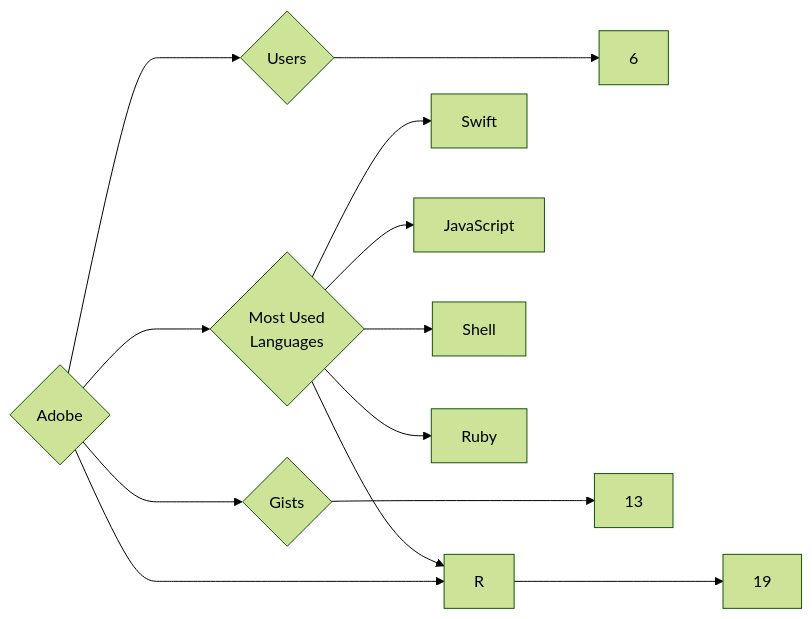
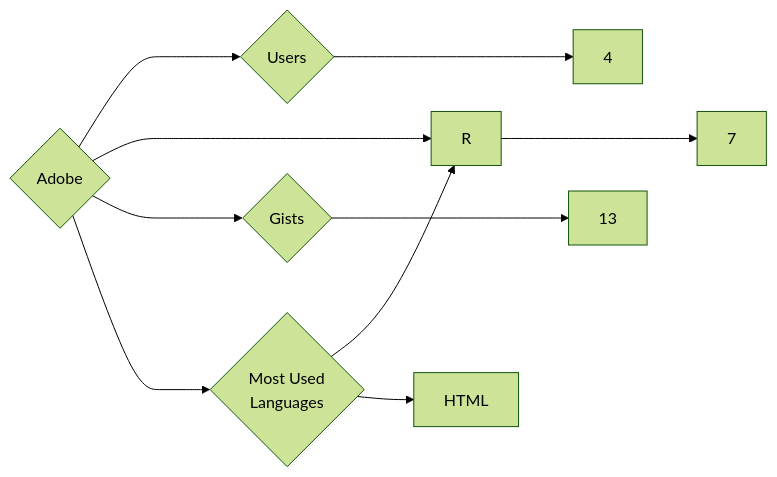
The diagram in targets/Adobe/README.md (trickest/insiders), drawn with Mermaid (forest theme) before and after one commit. The commit also changed 933 other files, not shown here.

````diff
--- a/targets/Adobe/README.md
+++ b/targets/Adobe/README.md
@@ -3,13 +3,10 @@
 ```mermaid
 graph LR
 COMPANY_NAME{Adobe}
-COMPANY_NAME ---> U{Users} ---> UN[6]
-COMPANY_NAME ---> R{Repositories} ---> RN[19]
+COMPANY_NAME ---> U{Users} ---> UN[4]
+COMPANY_NAME ---> R{Repositories} ---> RN[7]
 COMPANY_NAME ---> G{Gists} ---> GN[13]
 COMPANY_NAME ---> ML{Most Used<br>Languages}
-ML --> Swift[Swift]
-ML --> JavaScript[JavaScript]
-ML --> Shell[Shell]
-ML --> Ruby[Ruby]
 ML --> R[R]
+ML --> HTML[HTML]
 ```
````
